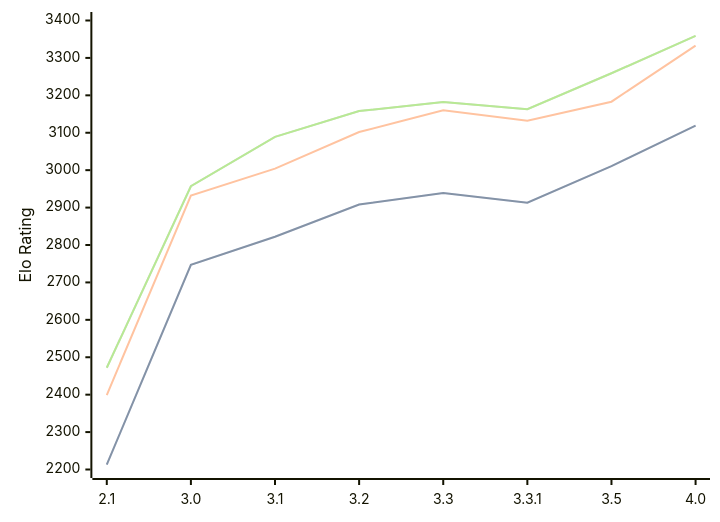
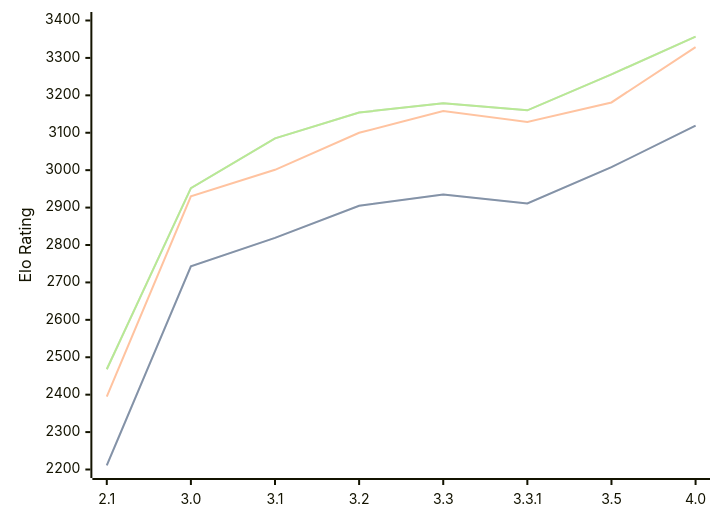
One commit to computer-chess-index/cci changed the diagram in engines/Petrel.md. Above: the diagram before and after it, drawn with Mermaid. The commit also changed other lines of this file, not shown here.

Commit message:
Update CCI Ratings (ELO VLTC) - 2026-08-12

````diff
--- a/engines/Petrel.md
+++ b/engines/Petrel.md
@@ -38,11 +38,11 @@
 ```mermaid
 %%{init: {"theme":"base","themeVariables":{"seriesColors:['#a3a3a3','#222221','#faa371']}}}%%
 xychart-beta
   x-axis ["2.1", "3.0", "3.1", "3.2", "3.3", "3.3.1", "3.5", "4.0"]
   y-axis "Elo Rating" 2200 --> 3400
-  line "STC (8.0+0.08s)" [2213, 2747, 2822, 2908, 2939, 2913, 3011, 3119]
-  line "STC (8.0+0.08s)" [2213, 2747, 2822, 2908, 2939, 2913, 3011, 3119]
-  line "LTC (60.0+0.60s)" [2399, 2932, 3004, 3102, 3160, 3132, 3183, 3333]
-  line "VLTC (2m24s+1.12s)" [2472, 2957, 3089, 3158, 3182, 3163, 3259, 3359]
-  line "VLTC (2m24s+1.12s)" [2472, 2957, 3089, 3158, 3182, 3163, 3259, 3359]
+  line "STC (8.0+0.08s)" [2211, 2743, 2819, 2905, 2935, 2911, 3008, 3119]
+  line "STC (8.0+0.08s)" [2211, 2743, 2819, 2905, 2935, 2911, 3008, 3119]
+  line "LTC (60.0+0.60s)" [2395, 2930, 3001, 3100, 3158, 3129, 3181, 3329]
+  line "VLTC (2m24s+1.12s)" [2468, 2952, 3085, 3154, 3179, 3160, 3256, 3357]
+  line "VLTC (2m24s+1.12s)" [2468, 2952, 3085, 3154, 3179, 3160, 3256, 3357]
 ```
````
